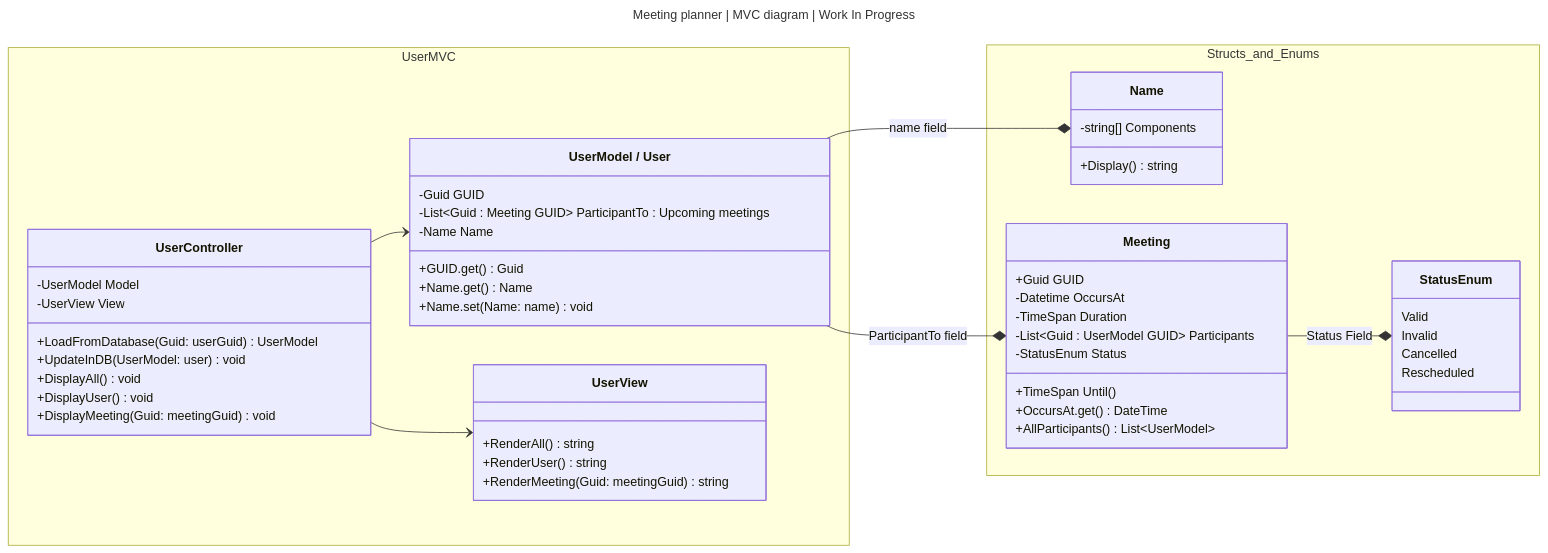
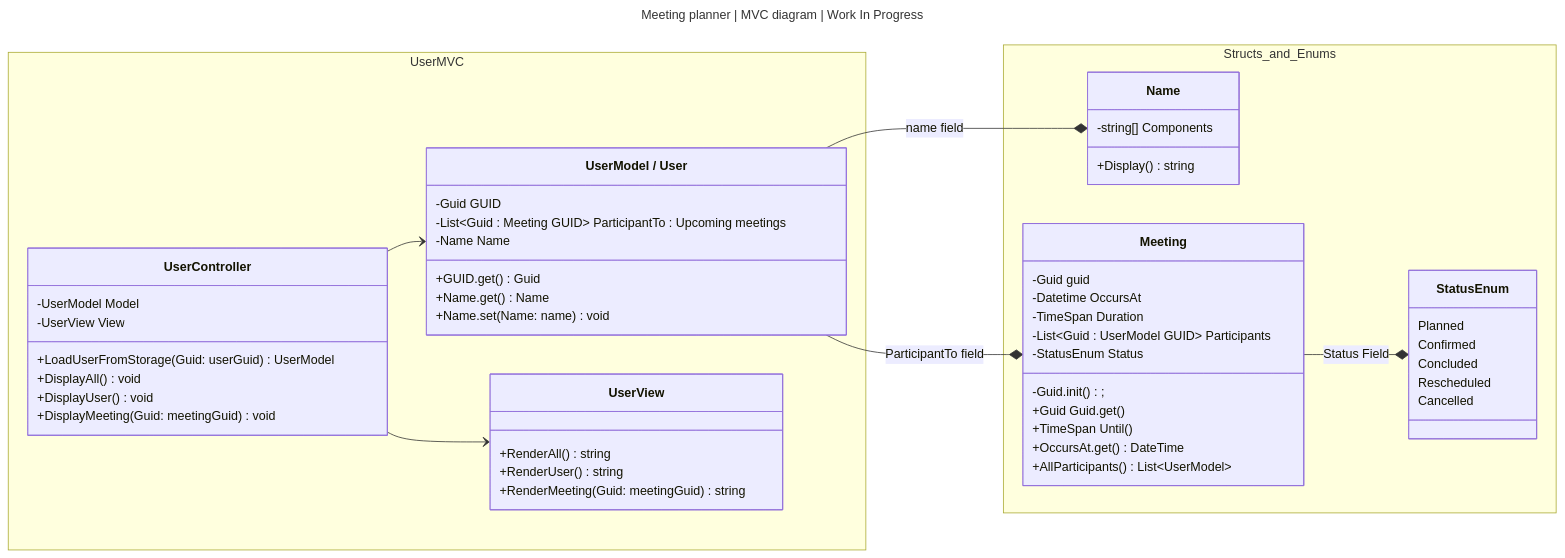
One commit to sxha092024/kodehode_backend_cli_meeting changed the second of 2 diagrams in README.template.md. Above: the diagram before and after it, drawn with Mermaid. The commit also changed other lines of this file and 16 other files, not shown here.

````diff
--- a/README.template.md
+++ b/README.template.md
@@ -10,67 +50,69 @@
 ```mermaid
 ---
 title: Meeting planner |  MVC diagram | Work In Progress
 ---
 classDiagram
 direction RL
 namespace UserMVC {
     class UserModel["UserModel / User"] {
         -Guid GUID
         -List~Guid : Meeting GUID~ ParticipantTo : Upcoming meetings
         -Name Name
 
         +GUID.get() Guid
         +Name.get() Name
         +Name.set(Name: name) void
     }
     class UserView {
         +RenderAll() string
         +RenderUser() string
         +RenderMeeting(Guid: meetingGuid) string
     }
     class UserController {
         -UserModel Model
         -UserView View
 
-        +LoadFromDatabase(Guid: userGuid) UserModel
-        +UpdateInDB(UserModel: user) void
+        +LoadUserFromStorage(Guid: userGuid) UserModel
 
         +DisplayAll() void
         +DisplayUser() void
         +DisplayMeeting(Guid: meetingGuid) void
     }
 }
 
 UserModel <-- UserController
 UserView <-- UserController
 
 namespace Structs_and_Enums {
     class Name {
         -string[] Components
         +Display() string
     }
     class Meeting {
-        +Guid GUID
+        -Guid guid
         -Datetime OccursAt
         -TimeSpan Duration
         -List~Guid : UserModel GUID~ Participants
         -StatusEnum Status
         
+        -Guid.init();
+        +Guid Guid.get()
         +TimeSpan Until()
         +OccursAt.get() DateTime
         +AllParticipants() List~UserModel~
     }
 
     class StatusEnum {
-        Valid
-        Invalid
+        Planned
+        Confirmed
+        Concluded
+        Rescheduled
         Cancelled
-        Rescheduled
     }
 
 }
 
 StatusEnum *-- Meeting : Status Field
 Name *-- UserModel : name field
 Meeting *-- UserModel : ParticipantTo field
 ```
````
